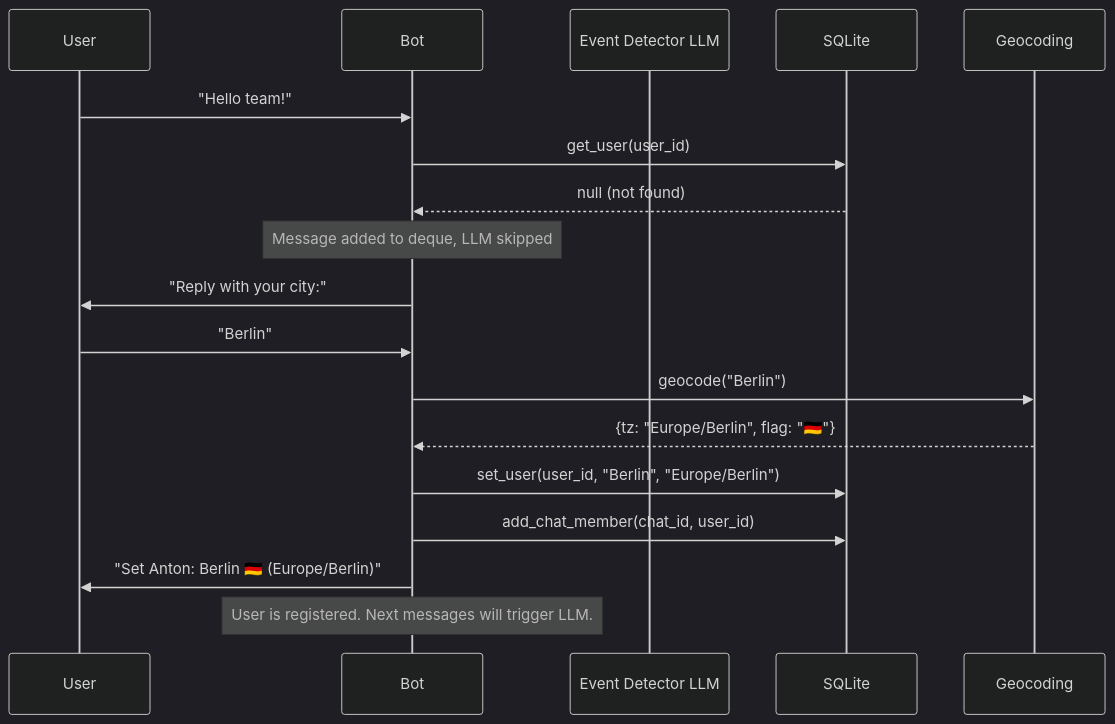
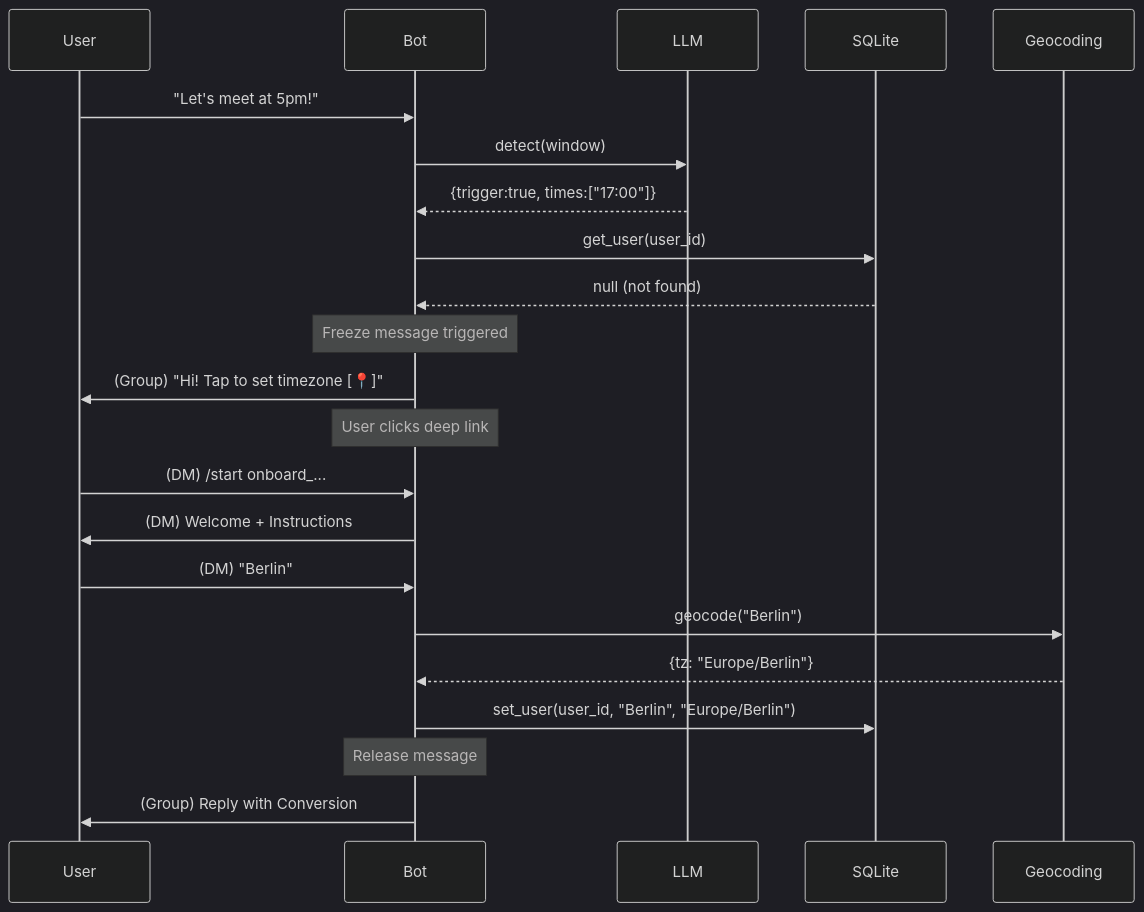
The first of 3 diagrams in journal/04_bot_logic.md (antlbn/Timezone_bot), drawn with Mermaid (dark theme) before and after one commit. The commit also changed other lines of this file and 6 other files, not shown here.

````diff
--- a/journal/04_bot_logic.md
+++ b/journal/04_bot_logic.md
@@ -111,21 +96,25 @@
 ```mermaid
 sequenceDiagram
     participant U as User
     participant B as Bot
-    participant LLM as Event Detector LLM
+    participant LLM as LLM
     participant DB as SQLite
     participant G as Geocoding
 
-    U->>B: "Hello team!"
+    U->>B: "Let's meet at 5pm!"
+    B->>LLM: detect(window)
+    LLM-->>B: {trigger:true, times:["17:00"]}
     B->>DB: get_user(user_id)
     DB-->>B: null (not found)
-    Note over B: Message added to deque, LLM skipped
-    B->>U: "Reply with your city:"
-    U->>B: "Berlin"
+    Note over B: Freeze message triggered
+    B->>U: (Group) "Hi! Tap to set timezone [📍]"
+    Note over B: User clicks deep link
+    U->>B: (DM) /start onboard_...
+    B->>U: (DM) Welcome + Instructions
+    U->>B: (DM) "Berlin"
     B->>G: geocode("Berlin")
-    G-->>B: {tz: "Europe/Berlin", flag: "🇩🇪"}
+    G-->>B: {tz: "Europe/Berlin"}
     B->>DB: set_user(user_id, "Berlin", "Europe/Berlin")
-    B->>DB: add_chat_member(chat_id, user_id)
-    B->>U: "Set Anton: Berlin 🇩🇪 (Europe/Berlin)"
-    Note over B: User is registered. Next messages will trigger LLM.
+    Note over B: Release message
+    B->>U: (Group) Reply with Conversion
 ```
````
